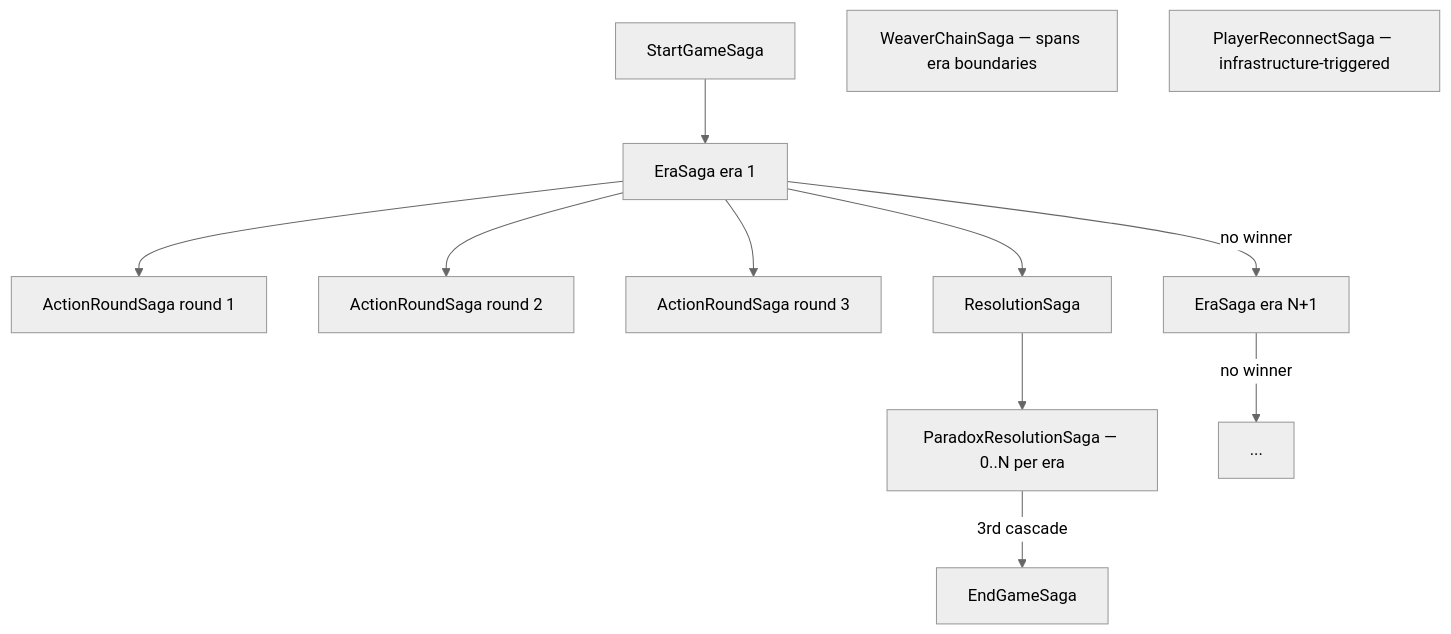
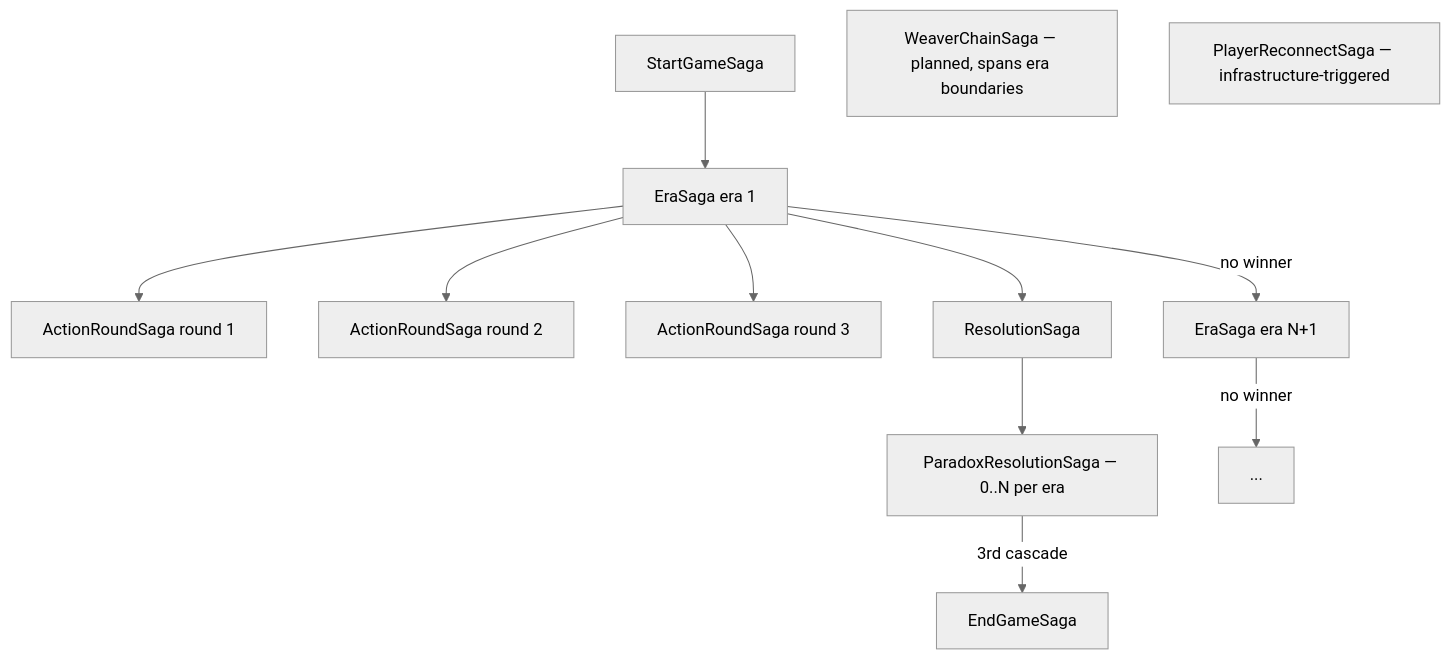
Before and after one commit to temporal-rift/docs: the diagram in sagas/overview.mdx, drawn with Mermaid (neutral theme). The commit also changed other lines of this file and 21 other files, not shown here.

````diff
--- a/sagas/overview.mdx
+++ b/sagas/overview.mdx
@@ -37,15 +37,15 @@
 ```mermaid
 graph TD
   GS[StartGameSaga] --> E1[EraSaga era 1]
   E1 --> AR1[ActionRoundSaga round 1]
   E1 --> AR2[ActionRoundSaga round 2]
   E1 --> AR3[ActionRoundSaga round 3]
   E1 --> RS[ResolutionSaga]
   RS --> PR[ParadoxResolutionSaga — 0..N per era]
   PR -->|3rd cascade| GE[EndGameSaga]
   E1 -->|no winner| E2[EraSaga era N+1]
   E2 -->|no winner| EN[...]
 
-  WCS[WeaverChainSaga — spans era boundaries]
+  WCS[WeaverChainSaga — planned, spans era boundaries]
   PRS[PlayerReconnectSaga — infrastructure-triggered]
 ```
````
